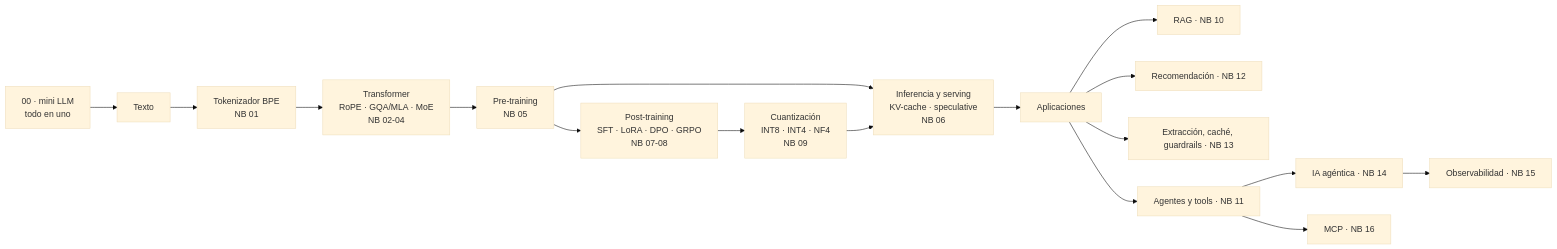
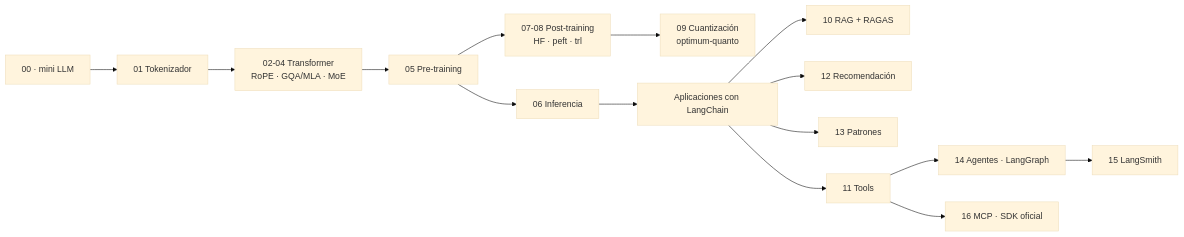
Before and after one commit to ZoodiacR/llm-edu-suite: the diagram in docs/es/README.md, drawn with Mermaid (base theme). The commit also changed other lines of this file and 30 other files, not shown here.

````diff
--- a/docs/es/README.md
+++ b/docs/es/README.md
@@ -32,19 +35,17 @@
 ```mermaid
 flowchart LR
-    Z[00 · mini LLM<br/>todo en uno] --> A
-    A[Texto] --> B[Tokenizador BPE<br/>NB 01]
-    B --> C[Transformer<br/>RoPE · GQA/MLA · MoE<br/>NB 02-04]
-    C --> D[Pre-training<br/>NB 05]
-    D --> E[Inferencia y serving<br/>KV-cache · speculative<br/>NB 06]
-    D --> F[Post-training<br/>SFT · LoRA · DPO · GRPO<br/>NB 07-08]
-    F --> G[Cuantización<br/>INT8 · INT4 · NF4<br/>NB 09]
-    G --> E
-    E --> H[Aplicaciones]
-    H --> I[RAG · NB 10]
-    H --> K[Recomendación · NB 12]
-    H --> L[Extracción, caché, guardrails · NB 13]
-    H --> J[Agentes y tools · NB 11]
-    J --> M[IA agéntica · NB 14]
-    J --> N[MCP · NB 16]
-    M --> O[Observabilidad · NB 15]
+    Z[00 · mini LLM] --> B[01 Tokenizador]
+    B --> C[02-04 Transformer<br/>RoPE · GQA/MLA · MoE]
+    C --> D[05 Pre-training]
+    D --> E[06 Inferencia]
+    D --> F["07-08 Post-training<br/>HF · peft · trl"]
+    F --> G["09 Cuantización<br/>optimum-quanto"]
+    E --> H[Aplicaciones con LangChain]
+    H --> I["10 RAG + RAGAS"]
+    H --> K[12 Recomendación]
+    H --> L[13 Patrones]
+    H --> J[11 Tools]
+    J --> M["14 Agentes · LangGraph"]
+    J --> N["16 MCP · SDK oficial"]
+    M --> O["15 LangSmith"]
 ```
````
